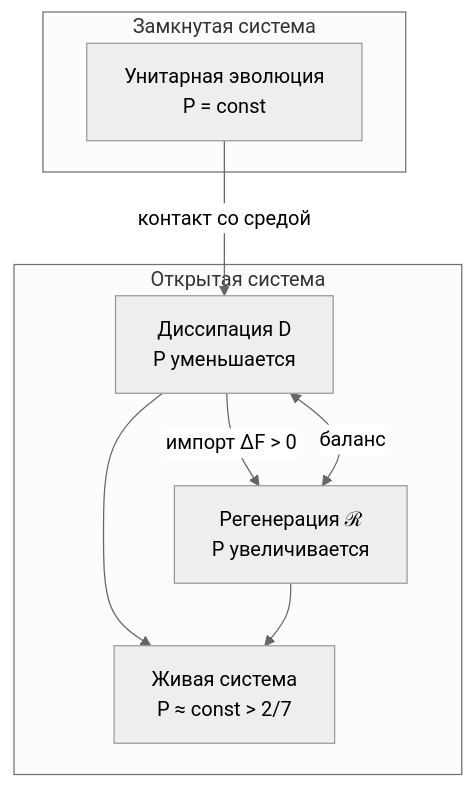
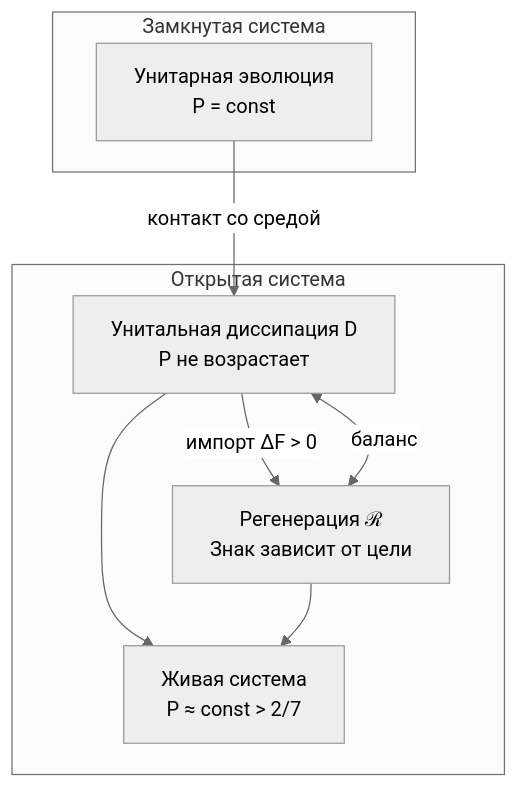
One commit to gst-st/uhm changed the diagram in website/i18n/ru/docusaurus-plugin-content-docs/current/core/dynamics/evolution.md. Above: the diagram before and after it, drawn with Mermaid (neutral theme). The commit also changed other lines of this file and 376 other files, not shown here.

First line of the commit message:
Refactor UHM canon, decontaminate architecture, and verify EN/RU parity

````diff
--- a/website/i18n/ru/docusaurus-plugin-content-docs/current/core/dynamics/evolution.md
+++ b/website/i18n/ru/docusaurus-plugin-content-docs/current/core/dynamics/evolution.md
@@ -1012,16 +936,16 @@
 ```mermaid
 graph TD
     subgraph CL["Замкнутая система"]
         U["Унитарная эволюция<br/>P = const"]
     end
     subgraph OP["Открытая система"]
-        DIS["Диссипация D<br/>P уменьшается"]
-        REG["Регенерация ℛ<br/>P увеличивается"]
+        DIS["Унитальная диссипация D<br/>P не возрастает"]
+        REG["Регенерация ℛ<br/>Знак зависит от цели"]
         LIV["Живая система<br/>P ≈ const > 2/7"]
     end
     U --> |"контакт со средой"| DIS
     DIS --> |"импорт ΔF > 0"| REG
     DIS <--> |"баланс"| REG
     DIS --> LIV
     REG --> LIV
 ```
````
